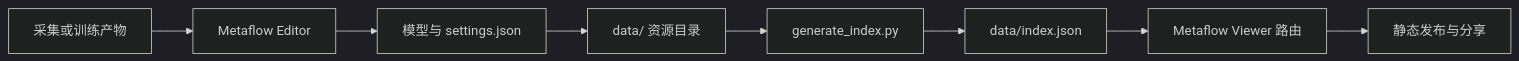
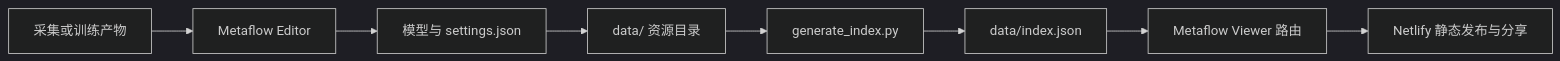
Before and after one commit to Shuang-su/Metaflow: the diagram in docs/getting-started/overview.md, drawn with Mermaid (dark theme). The commit also changed other lines of this file and 3 other files, not shown here.

````diff
--- a/docs/getting-started/overview.md
+++ b/docs/getting-started/overview.md
@@ -32,10 +34,10 @@
 ```mermaid
 flowchart LR
     A["采集或训练产物"] --> B["Metaflow Editor"]
     B --> C["模型与 settings.json"]
     C --> D["data/ 资源目录"]
     D --> E["generate_index.py"]
     E --> F["data/index.json"]
     F --> G["Metaflow Viewer 路由"]
-    G --> H["静态发布与分享"]
+    G --> H["Netlify 静态发布与分享"]
 ```
````
